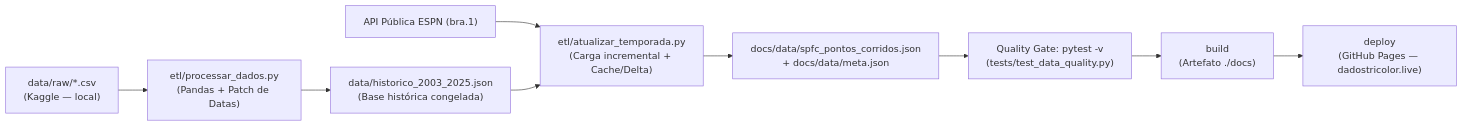
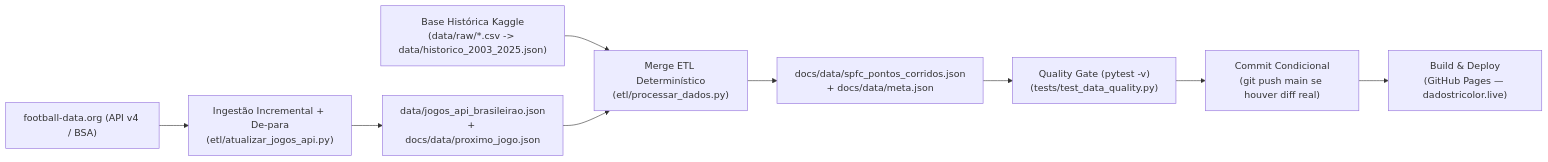
Before and after one commit to YuriAlvvvss/SPFC-Analytics: the diagram in README.md, drawn with Mermaid. The commit also changed other lines of this file, not shown here.

````diff
--- a/README.md
+++ b/README.md
@@ -113,11 +123,11 @@
 ```mermaid
 flowchart LR
-    A["data/raw/*.csv\n(Kaggle — local)"] --> B["etl/processar_dados.py\n(Pandas + Patch de Datas)"]
-    B --> C["data/historico_2003_2025.json\n(Base histórica congelada)"]
-    D["API Pública ESPN (bra.1)"] --> E["etl/atualizar_temporada.py\n(Carga incremental + Cache/Delta)"]
-    C --> E
-    E --> F["docs/data/spfc_pontos_corridos.json\n+ docs/data/meta.json"]
-    F --> G["Quality Gate: pytest -v\n(tests/test_data_quality.py)"]
-    G --> H["build\n(Artefato ./docs)"]
-    H --> I["deploy\n(GitHub Pages — dadostricolor.live)"]
+    API["football-data.org (API v4 / BSA)"] --> ING["Ingestão Incremental + De-para\n(etl/atualizar_jogos_api.py)"]
+    ING --> INC["data/jogos_api_brasileirao.json\n+ docs/data/proximo_jogo.json"]
+    KAG["Base Histórica Kaggle\n(data/raw/*.csv -> data/historico_2003_2025.json)"] --> ETL["Merge ETL Determinístico\n(etl/processar_dados.py)"]
+    INC --> ETL
+    ETL --> PROD["docs/data/spfc_pontos_corridos.json\n+ docs/data/meta.json"]
+    PROD --> QG["Quality Gate (pytest -v)\n(tests/test_data_quality.py)"]
+    QG --> CMT["Commit Condicional\n(git push main se houver diff real)"]
+    CMT --> DEP["Build & Deploy\n(GitHub Pages — dadostricolor.live)"]
 ```
````
